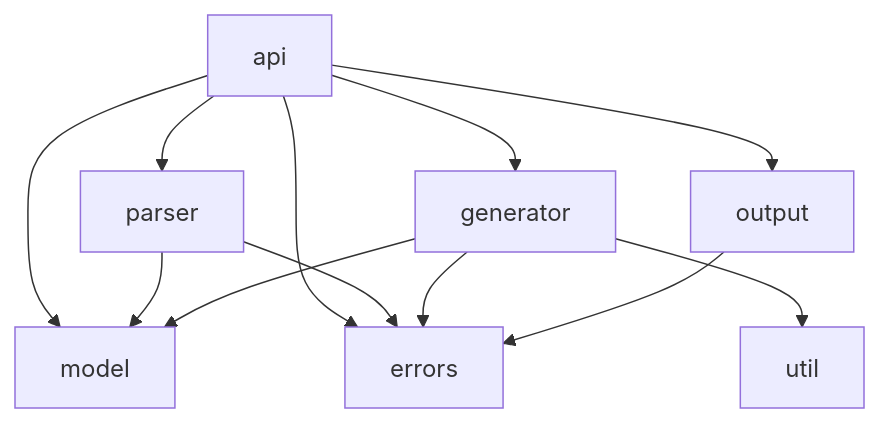
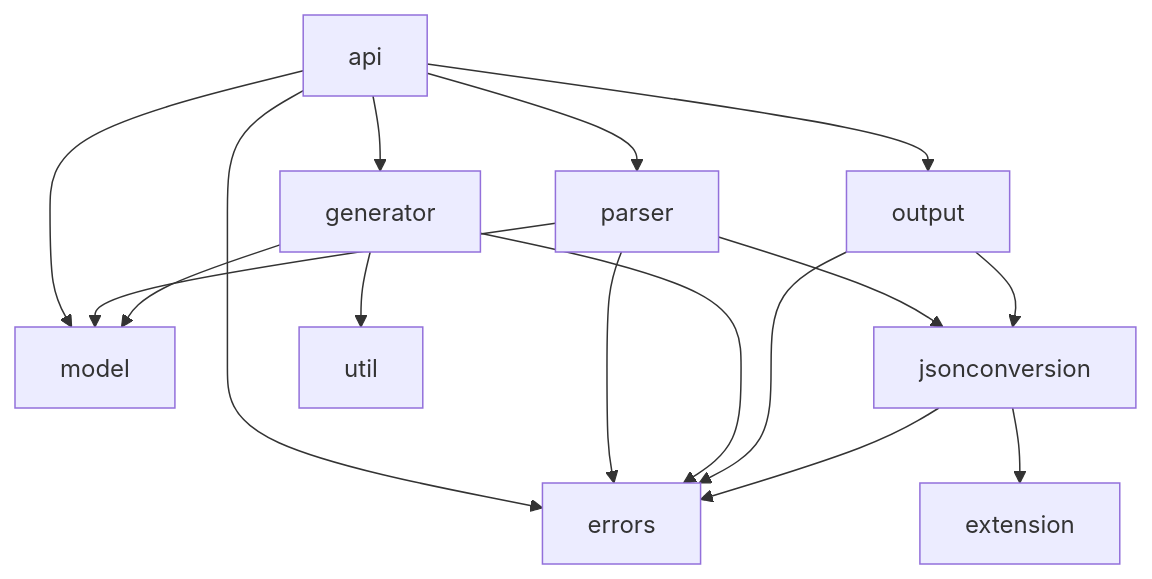
Before and after one commit to gjuton/gjuton: the third of 3 diagrams in docs/architecture.md, drawn with Mermaid. The commit also changed other lines of this file and 9 other files, not shown here.

````diff
--- a/docs/architecture.md
+++ b/docs/architecture.md
@@ -87,14 +117,18 @@
 ```mermaid
 graph TD
     api --> parser
     api --> generator
     api --> output
     api --> model
     api --> errors
+    parser --> jsonconversion
     parser --> model
     parser --> errors
     generator --> model
     generator --> util
     generator --> errors
+    output --> jsonconversion
     output --> errors
+    jsonconversion --> extension
+    jsonconversion --> errors
 ```
````
